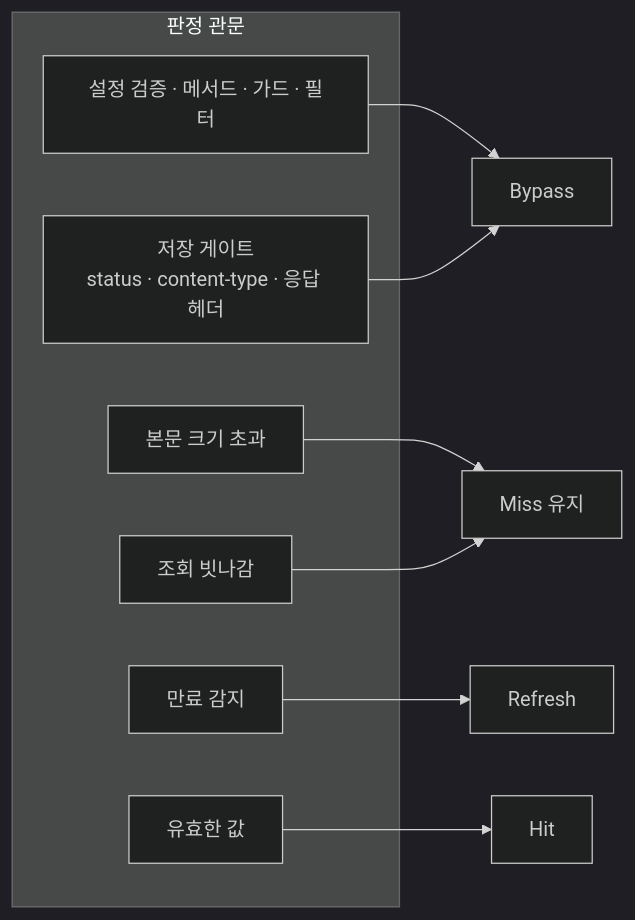
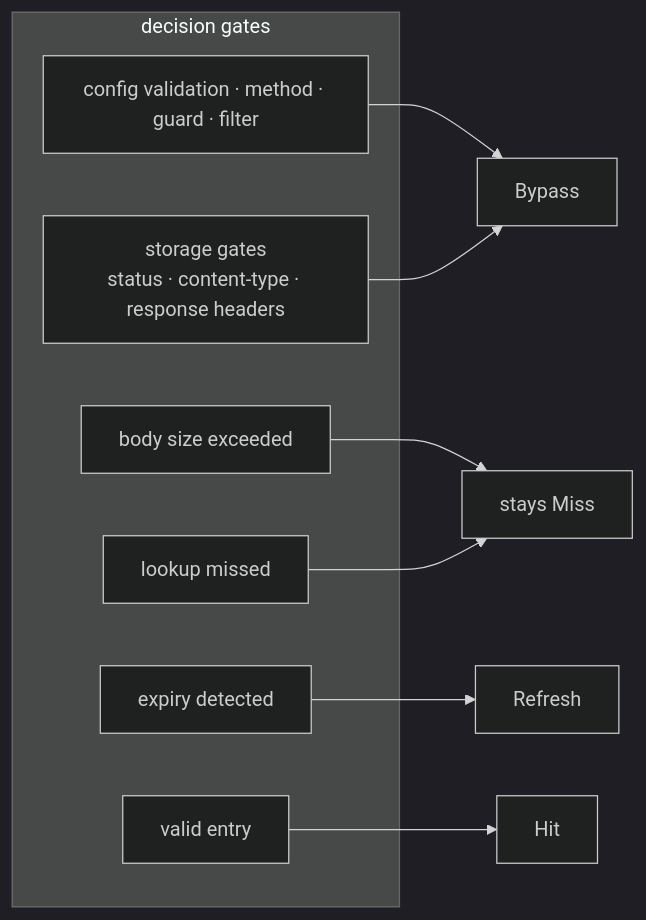
Before and after one commit to unchartedsky/sonic-boom: the diagram in docs/troubleshooting.md, drawn with Mermaid (dark theme). The commit also changed other lines of this file and 9 other files, not shown here.

````diff
--- a/docs/troubleshooting.md
+++ b/docs/troubleshooting.md
@@ -14,17 +14,17 @@
 ```mermaid
 flowchart LR
-    subgraph gates[판정 관문]
-        a[설정 검증 · 메서드 · 가드 · 필터]
-        b[저장 게이트<br/>status · content-type · 응답 헤더]
-        c[본문 크기 초과]
-        d[조회 빗나감]
-        e[만료 감지]
-        f[유효한 값]
+    subgraph gates[decision gates]
+        a[config validation · method · guard · filter]
+        b[storage gates<br/>status · content-type · response headers]
+        c[body size exceeded]
+        d[lookup missed]
+        e[expiry detected]
+        f[valid entry]
     end
     a --> by[Bypass]
     b --> by
-    c --> miss[Miss 유지]
+    c --> miss[stays Miss]
     d --> miss
     e --> rf[Refresh]
     f --> hit[Hit]
 ```
````
